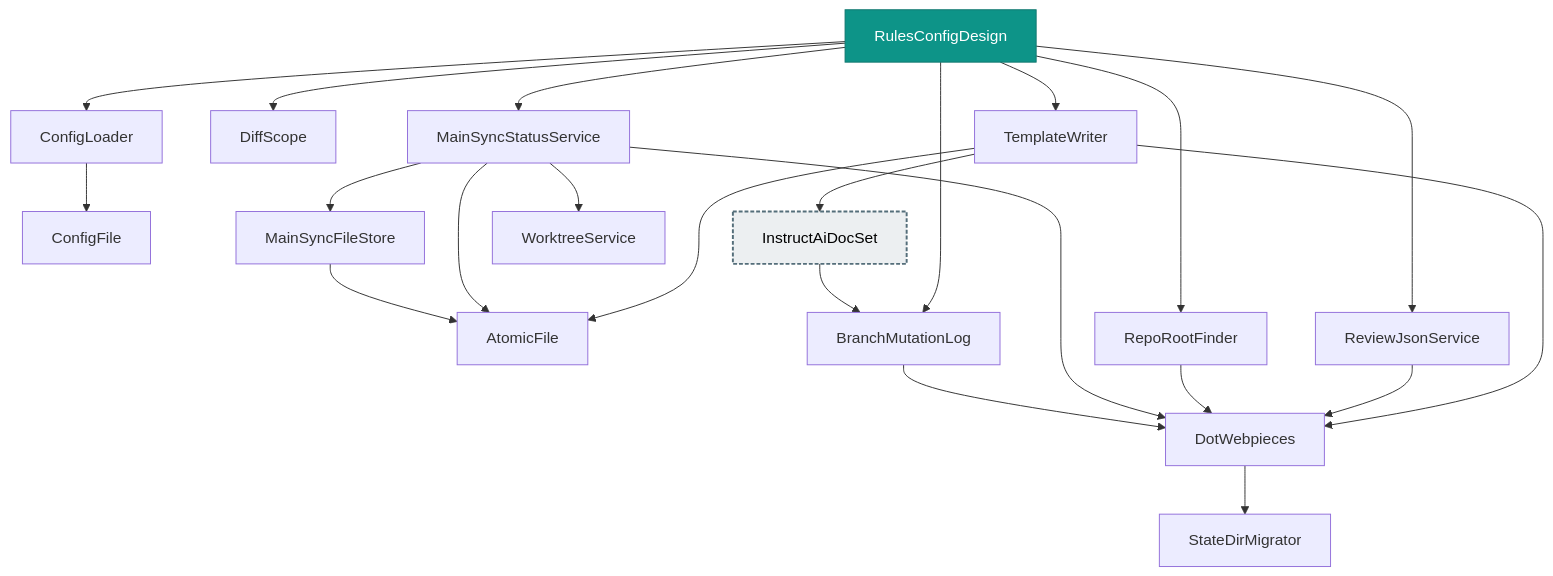
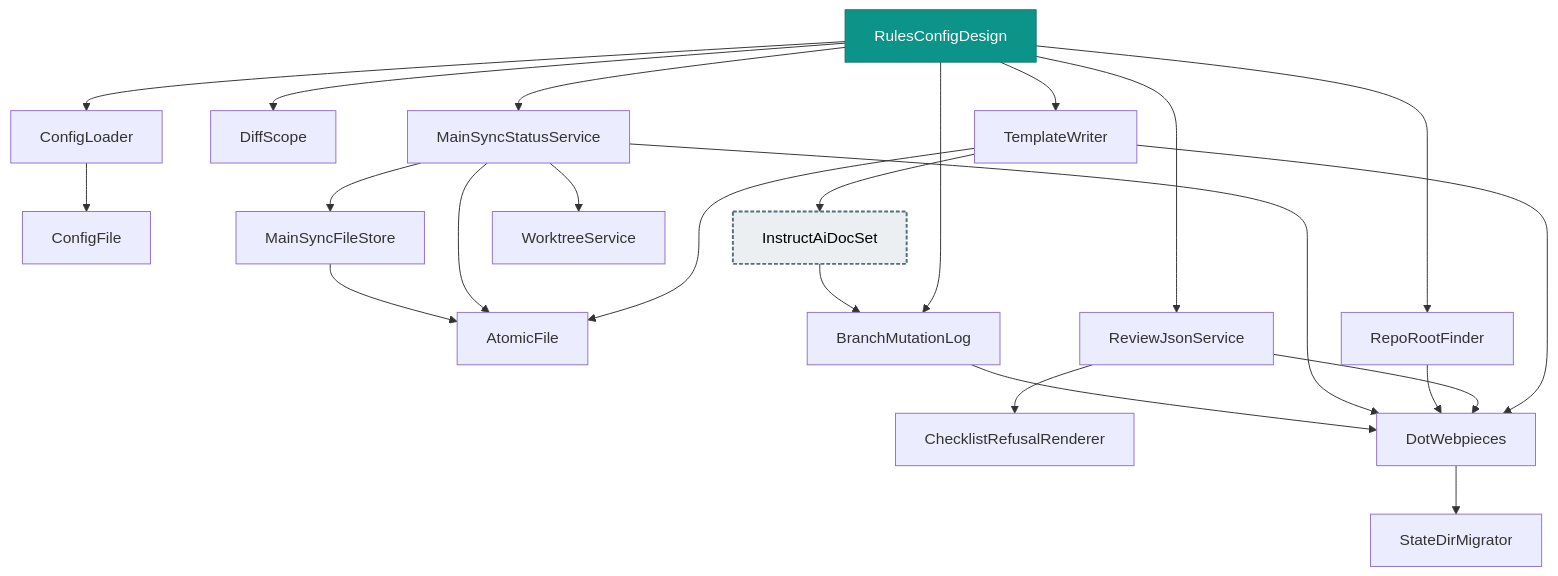
One commit to deanhiller/webpieces-ts changed the diagram in packages/tooling/rules-config/design.md. Above: the diagram before and after it, drawn with Mermaid. The commit also changed 39 other files, not shown here.

````diff
--- a/packages/tooling/rules-config/design.md
+++ b/packages/tooling/rules-config/design.md
@@ -13,46 +13,48 @@
 ```mermaid
 graph TD
     AtomicFile["AtomicFile"]
     BranchMutationLog["BranchMutationLog"]
+    ChecklistRefusalRenderer["ChecklistRefusalRenderer"]
     ConfigFile["ConfigFile"]
     ConfigLoader["ConfigLoader"]
     DiffScope["DiffScope"]
     DotWebpieces["DotWebpieces"]
     InstructAiDocSet["InstructAiDocSet"]:::many
     MainSyncFileStore["MainSyncFileStore"]
     MainSyncStatusService["MainSyncStatusService"]
     RepoRootFinder["RepoRootFinder"]
     ReviewJsonService["ReviewJsonService"]
     RulesConfigDesign["RulesConfigDesign"]:::apiImpl
     StateDirMigrator["StateDirMigrator"]
     TemplateWriter["TemplateWriter"]
     WorktreeService["WorktreeService"]
     BranchMutationLog --> DotWebpieces
     ConfigLoader --> ConfigFile
     DotWebpieces --> StateDirMigrator
     InstructAiDocSet --> BranchMutationLog
     MainSyncFileStore --> AtomicFile
     MainSyncStatusService --> AtomicFile
     MainSyncStatusService --> DotWebpieces
     MainSyncStatusService --> MainSyncFileStore
     MainSyncStatusService --> WorktreeService
     RepoRootFinder --> DotWebpieces
+    ReviewJsonService --> ChecklistRefusalRenderer
     ReviewJsonService --> DotWebpieces
     RulesConfigDesign --> BranchMutationLog
     RulesConfigDesign --> ConfigLoader
     RulesConfigDesign --> DiffScope
     RulesConfigDesign --> MainSyncStatusService
     RulesConfigDesign --> RepoRootFinder
     RulesConfigDesign --> ReviewJsonService
     RulesConfigDesign --> TemplateWriter
     TemplateWriter --> AtomicFile
     TemplateWriter --> DotWebpieces
     TemplateWriter --> InstructAiDocSet
     classDef controller fill:#1f6feb,color:#ffffff,stroke:#0d419d
     classDef apiImpl fill:#0d9488,color:#ffffff,stroke:#0f766e
     classDef component fill:#2da44e,color:#ffffff,stroke:#1a7f37
     classDef unresolved fill:#f0ad4e,color:#000000,stroke:#b8860b,stroke-dasharray: 5 5
     classDef external fill:#b39ddb,color:#000000,stroke:#5e35b1,stroke-width:3px
     classDef api fill:#4fc3f7,color:#000000,stroke:#0277bd,stroke-width:3px
     classDef many fill:#eceff1,color:#000000,stroke:#546e7a,stroke-width:2px,stroke-dasharray: 4 2
 ```
````
